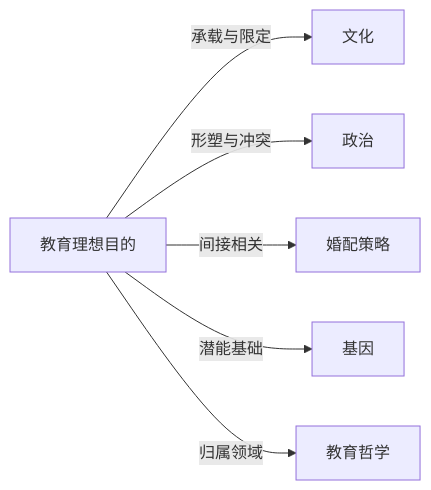
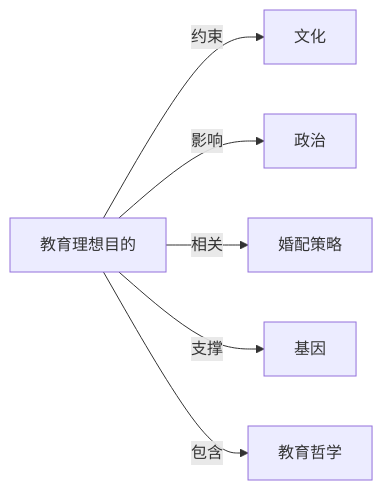
One commit to KIMMCHOW/MyKnowledge changed the diagram in Knowledge/Concepts/教育/教育理想目的.md. Above: the diagram before and after it, drawn with Mermaid. The commit also changed 95 other files, not shown here.

Commit message:
reorganize: 统一关系图边标签为11类

````diff
--- a/Knowledge/Concepts/教育/教育理想目的.md
+++ b/Knowledge/Concepts/教育/教育理想目的.md
@@ -47,8 +47,8 @@
 ```mermaid
 graph LR
-教育理想目的 -->|承载与限定| 文化
-教育理想目的 -->|形塑与冲突| 政治
-教育理想目的 -->|间接相关| 婚配策略
-教育理想目的 -->|潜能基础| 基因
-教育理想目的 -->|归属领域| 教育哲学
+教育理想目的 -->|约束| 文化
+教育理想目的 -->|影响| 政治
+教育理想目的 -->|相关| 婚配策略
+教育理想目的 -->|支撑| 基因
+教育理想目的 -->|包含| 教育哲学
 ```
````
